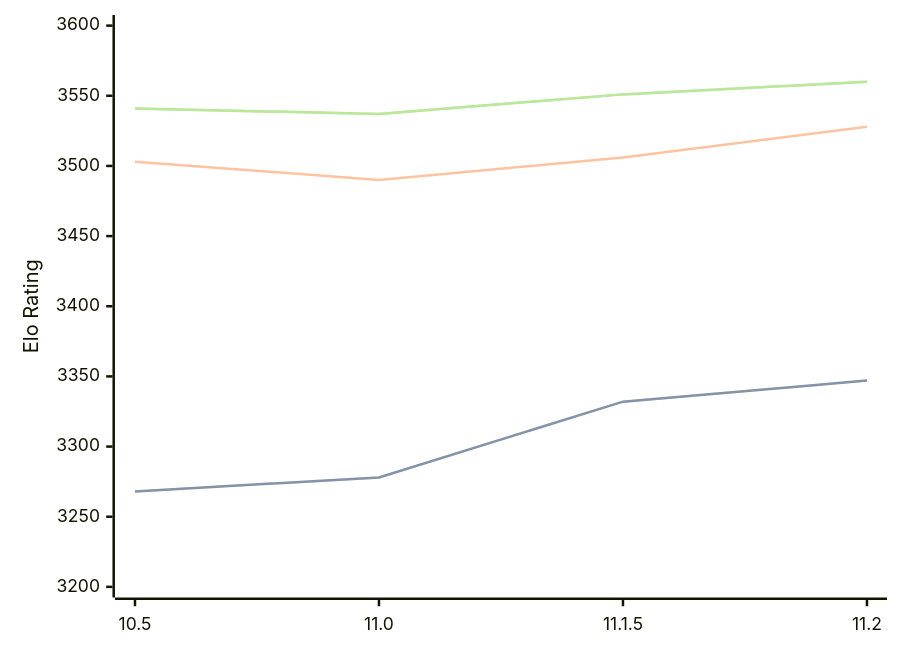
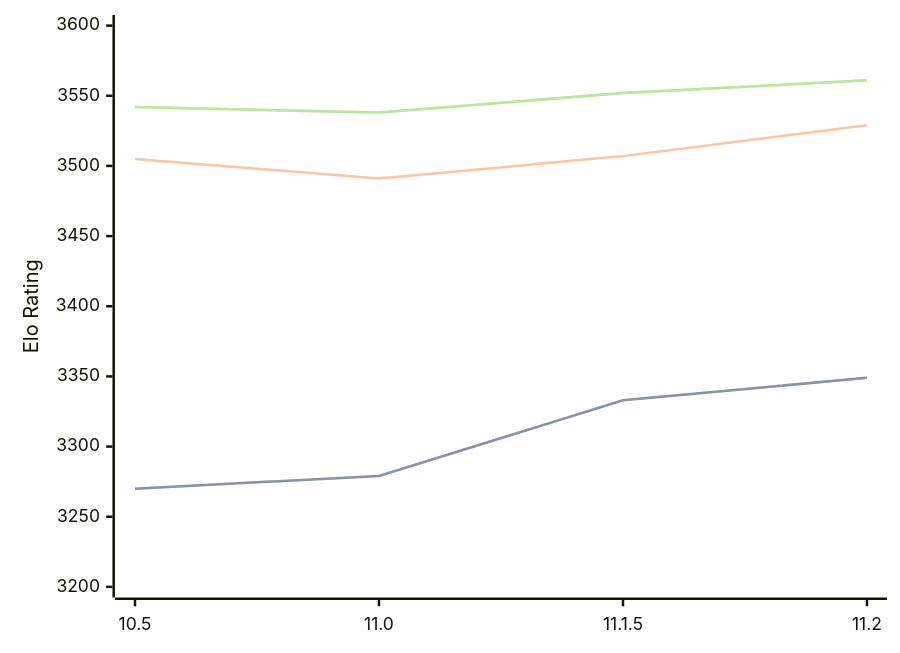
Before and after one commit to computer-chess-index/cci: the diagram in engines/Lizard.md, drawn with Mermaid. The commit also changed other lines of this file, not shown here.

Commit message:
Update CCI Ratings (ELO VLTC) - 2026-05-06

````diff
--- a/engines/Lizard.md
+++ b/engines/Lizard.md
@@ -46,11 +46,11 @@
 ```mermaid
 %%{init: {"theme":"base","themeVariables":{"seriesColors:['#a3a3a3','#222221','#faa371']}}}%%
 xychart-beta
   x-axis ["10.5", "11.0", "11.1.5", "11.2"]
   y-axis "Elo Rating" 3200 --> 3600
-  line "STC (8.0+0.08s)" [3268, 3278, 3332, 3347]
-  line "STC (8.0+0.08s)" [3268, 3278, 3332, 3347]
-  line "LTC (60.0+0.60s)" [3503, 3490, 3506, 3528]
-  line "VLTC (2m24s+1.12s)" [3541, 3537, 3551, 3560]
-  line "VLTC (2m24s+1.12s)" [3541, 3537, 3551, 3560]
+  line "STC (8.0+0.08s)" [3270, 3279, 3333, 3349]
+  line "STC (8.0+0.08s)" [3270, 3279, 3333, 3349]
+  line "LTC (60.0+0.60s)" [3505, 3491, 3507, 3529]
+  line "VLTC (2m24s+1.12s)" [3542, 3538, 3552, 3561]
+  line "VLTC (2m24s+1.12s)" [3542, 3538, 3552, 3561]
 ```
````
